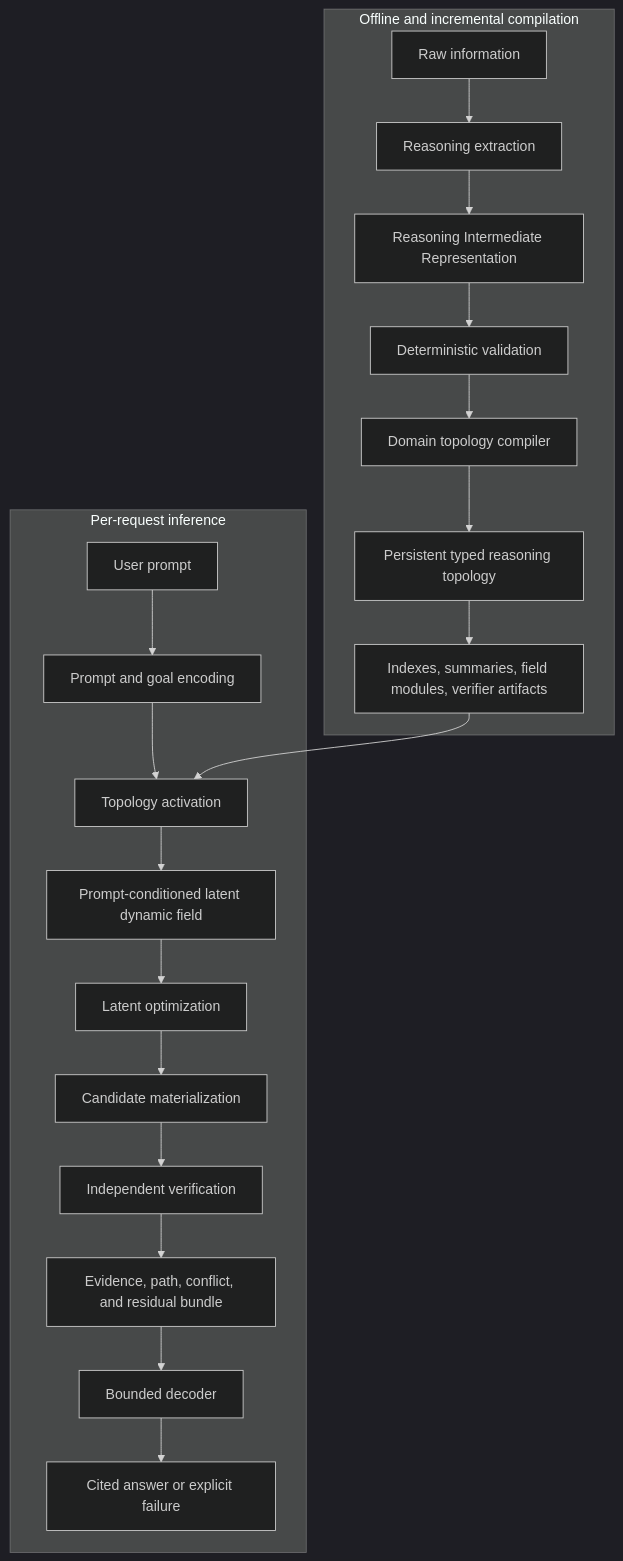
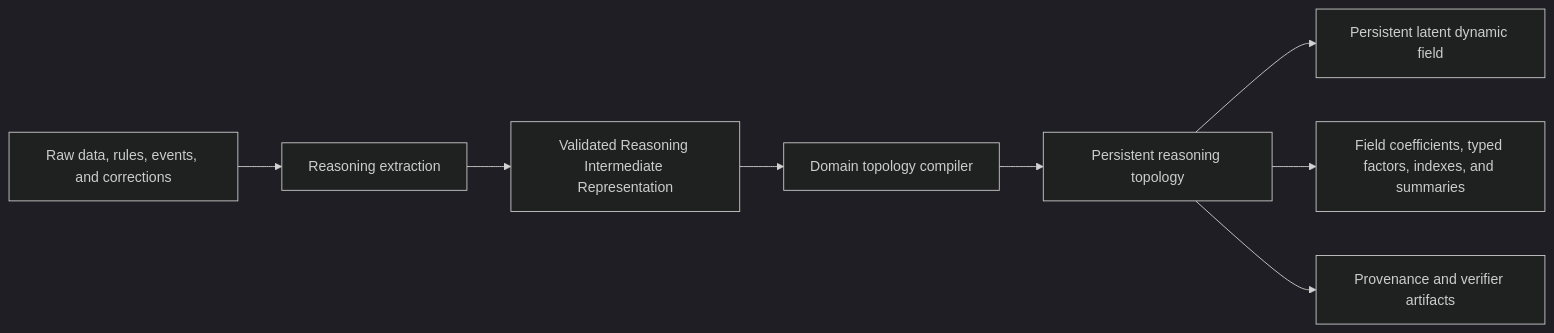
Before and after one commit to rishi-ie/LTM: the first of 6 diagrams in docs/architecture.md, drawn with Mermaid (dark theme). The commit also changed other lines of this file and 84 other files, not shown here.

````diff
--- a/docs/architecture.md
+++ b/docs/architecture.md
@@ -216,24 +29,16 @@
 ```mermaid
-flowchart TD
-    subgraph Compile["Offline and incremental compilation"]
-        A["Raw information"] --> B["Reasoning extraction"]
-        B --> C["Reasoning Intermediate Representation"]
-        C --> D["Deterministic validation"]
-        D --> E["Domain topology compiler"]
-        E --> F["Persistent typed reasoning topology"]
-        F --> G["Indexes, summaries, field modules, verifier artifacts"]
-    end
+flowchart LR
+    A["Raw data, rules, events, and corrections"]
+    B["Reasoning extraction"]
+    C["Validated Reasoning Intermediate Representation"]
+    D["Domain topology compiler"]
+    E["Persistent reasoning topology"]
+    F["Persistent latent dynamic field"]
+    G["Field coefficients, typed factors, indexes, and summaries"]
+    H["Provenance and verifier artifacts"]
 
-    subgraph Infer["Per-request inference"]
-        Q["User prompt"] --> H["Prompt and goal encoding"]
-        H --> I["Topology activation"]
-        G --> I
-        I --> J["Prompt-conditioned latent dynamic field"]
-        J --> K["Latent optimization"]
-        K --> L["Candidate materialization"]
-        L --> M["Independent verification"]
-        M --> N["Evidence, path, conflict, and residual bundle"]
-        N --> O["Bounded decoder"]
-        O --> P["Cited answer or explicit failure"]
-    end
+    A --> B --> C --> D --> E
+    E --> F
+    E --> G
+    E --> H
 ```
````
